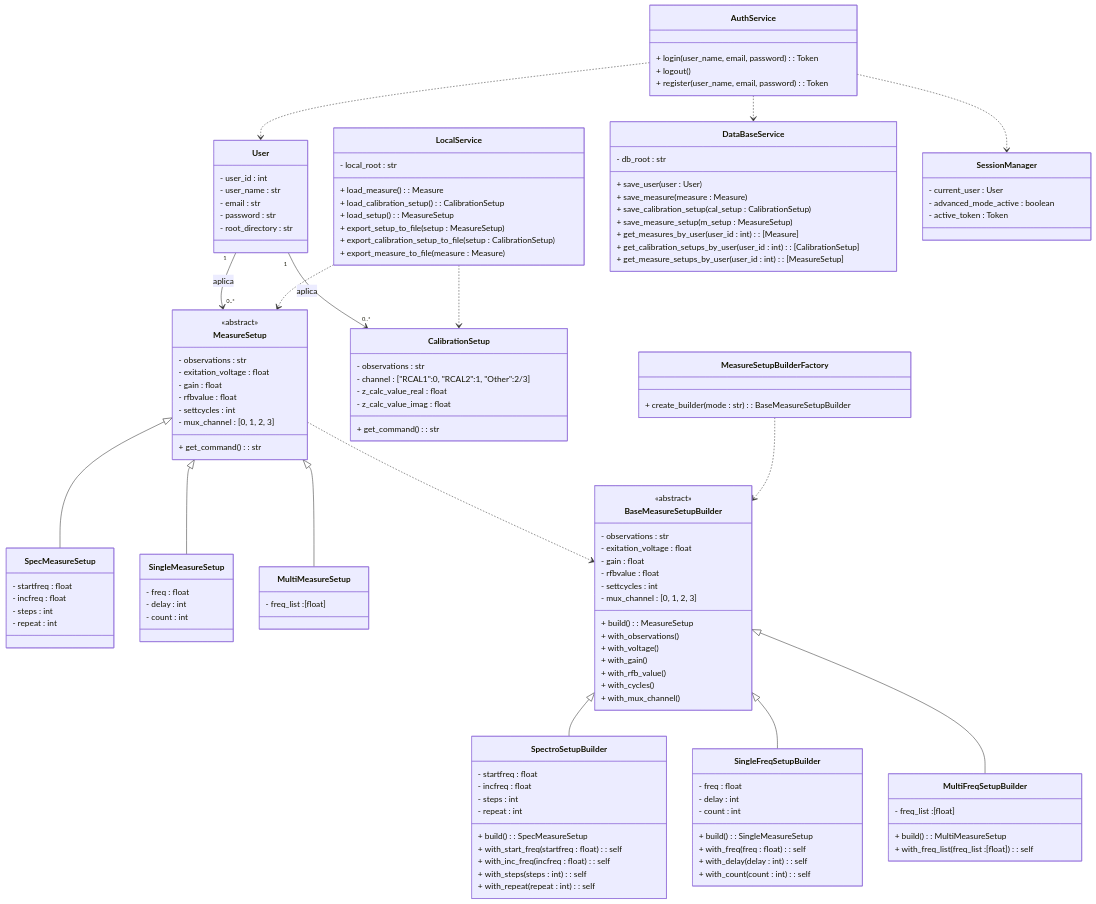
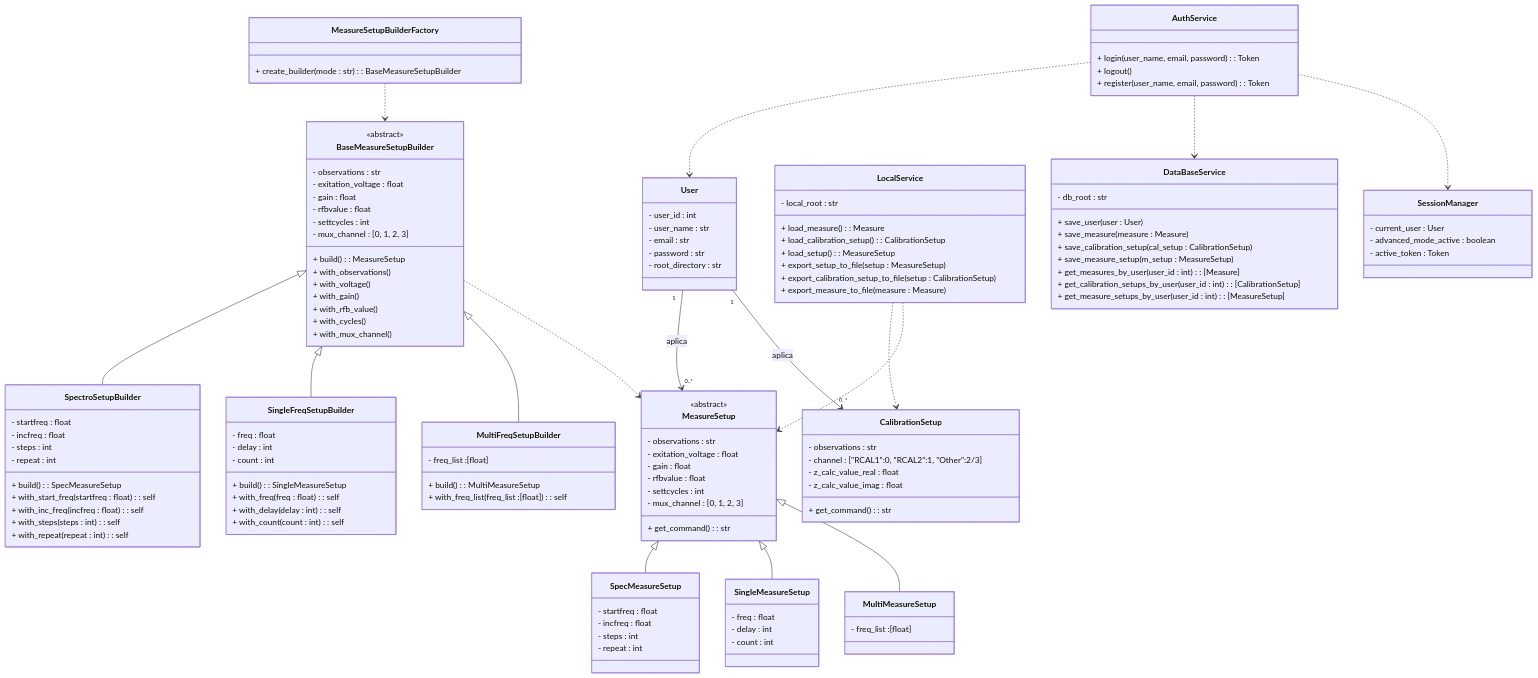
One commit to alegrelias/Repo-GMini changed the fifth of 6 diagrams in Gmini-MarkDown/Diagramas/Clases Conceptuales.md. Above: the diagram before and after it, drawn with Mermaid. The commit also changed other lines of this file, not shown here.

Commit message:
Se modifica diagrama de clases

```diff
--- a/Gmini-MarkDown/Diagramas/Clases Conceptuales.md
+++ b/Gmini-MarkDown/Diagramas/Clases Conceptuales.md
@@ -766,7 +766,7 @@
 User "1"-->"0..*" MeasureSetup : aplica
 User "1"-->"0..*" CalibrationSetup : aplica
 
-MeasureSetup ..> BaseMeasureSetupBuilder
+BaseMeasureSetupBuilder ..> MeasureSetup
 
 AuthService ..> User
 AuthService ..> DataBaseService
```
